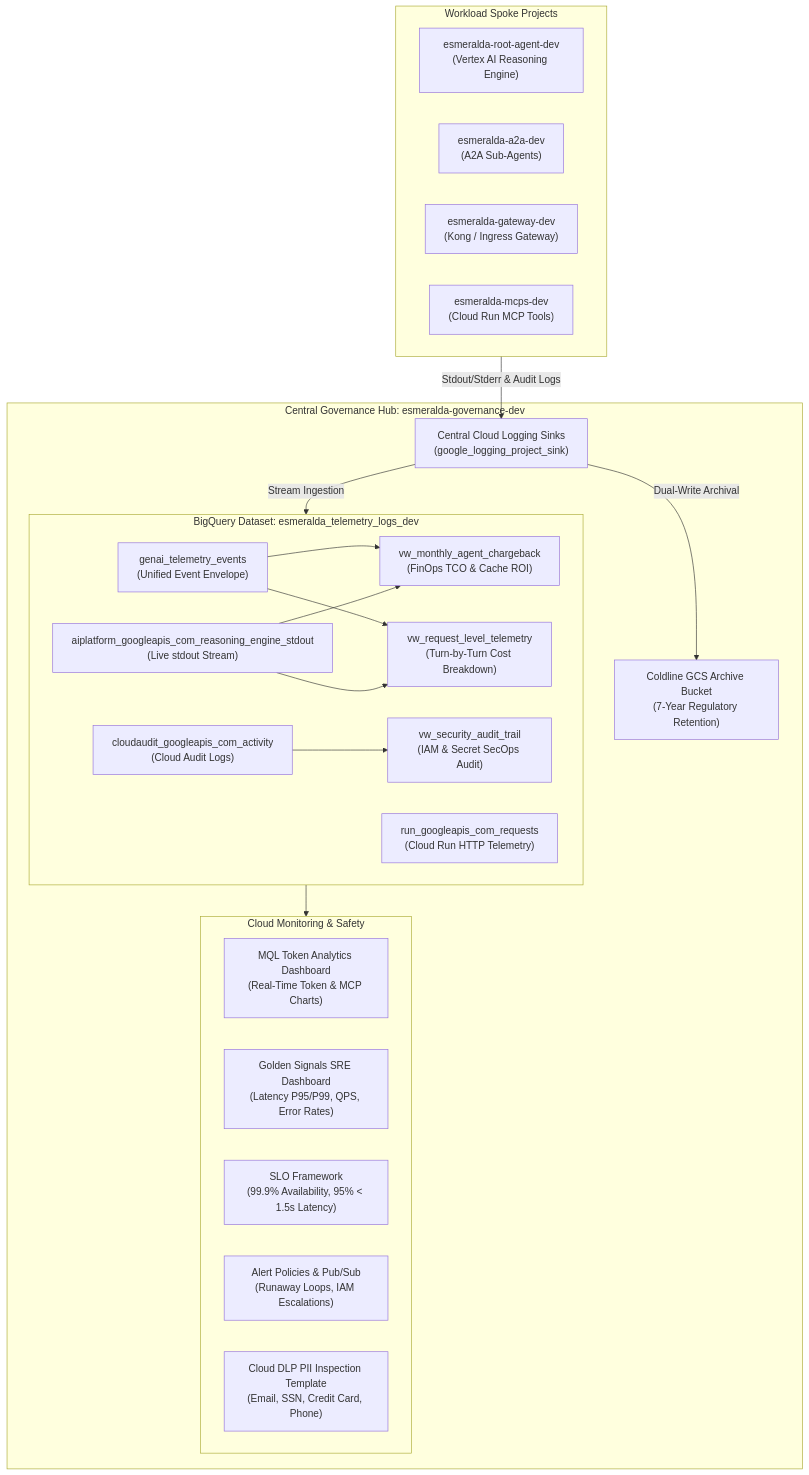
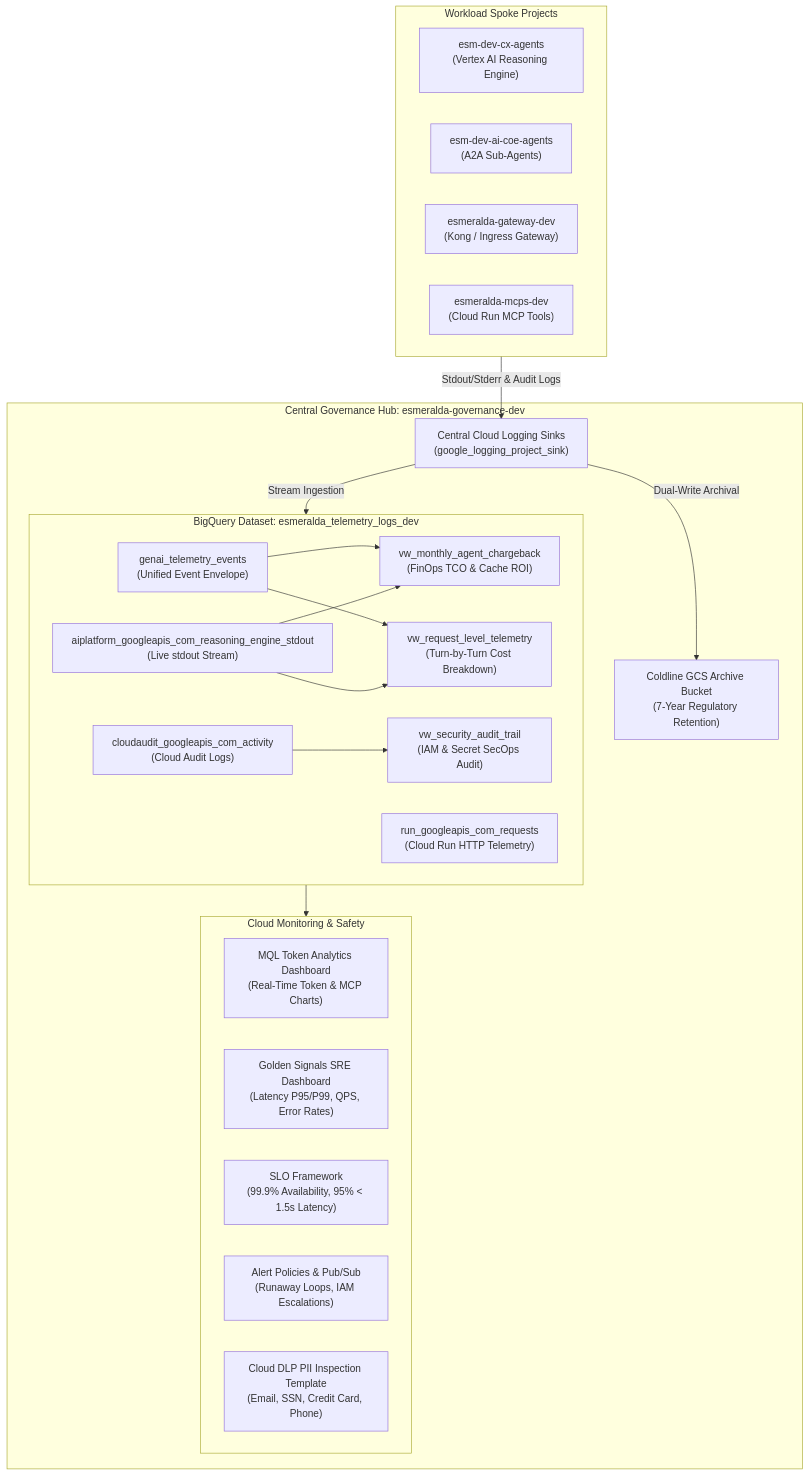
The first of 2 diagrams in docs/3-agentops-and-lifecycle/03-centralized-monitoring-and-dashboards.md (google/esmeralda), drawn with Mermaid before and after one commit. The commit also changed other lines of this file and 184 other files, not shown here.

First line of the commit message:
refactor: name agents and agent projects after their owning team

````diff
--- a/docs/3-agentops-and-lifecycle/03-centralized-monitoring-and-dashboards.md
+++ b/docs/3-agentops-and-lifecycle/03-centralized-monitoring-and-dashboards.md
@@ -7,42 +7,42 @@
 ```mermaid
 flowchart TD
     subgraph Spokes["Workload Spoke Projects"]
-        RA["esmeralda-root-agent-dev<br/>(Vertex AI Reasoning Engine)"]
-        A2A["esmeralda-a2a-dev<br/>(A2A Sub-Agents)"]
+        RA["esm-dev-cx-agents<br/>(Vertex AI Reasoning Engine)"]
+        A2A["esm-dev-ai-coe-agents<br/>(A2A Sub-Agents)"]
         GW["esmeralda-gateway-dev<br/>(Kong / Ingress Gateway)"]
         MCP["esmeralda-mcps-dev<br/>(Cloud Run MCP Tools)"]
     end
 
     subgraph Hub["Central Governance Hub: esmeralda-governance-dev"]
         SINK["Central Cloud Logging Sinks<br/>(google_logging_project_sink)"]
         
         subgraph BigQuery["BigQuery Dataset: esmeralda_telemetry_logs_dev"]
             ENV["genai_telemetry_events<br/>(Unified Event Envelope)"]
             AUDIT_TBL["cloudaudit_googleapis_com_activity<br/>(Cloud Audit Logs)"]
             STDOUT_TBL["aiplatform_googleapis_com_reasoning_engine_stdout<br/>(Live stdout Stream)"]
             RUN_TBL["run_googleapis_com_requests<br/>(Cloud Run HTTP Telemetry)"]
             
             VW1["vw_monthly_agent_chargeback<br/>(FinOps TCO & Cache ROI)"]
             VW2["vw_request_level_telemetry<br/>(Turn-by-Turn Cost Breakdown)"]
             VW3["vw_security_audit_trail<br/>(IAM & Secret SecOps Audit)"]
         end
 
         GCS["Coldline GCS Archive Bucket<br/>(7-Year Regulatory Retention)"]
         
         subgraph Monitoring["Cloud Monitoring & Safety"]
             MQL["MQL Token Analytics Dashboard<br/>(Real-Time Token & MCP Charts)"]
             GOLD["Golden Signals SRE Dashboard<br/>(Latency P95/P99, QPS, Error Rates)"]
             SLO["SLO Framework<br/>(99.9% Availability, 95% < 1.5s Latency)"]
             ALERTS["Alert Policies & Pub/Sub<br/>(Runaway Loops, IAM Escalations)"]
             DLP["Cloud DLP PII Inspection Template<br/>(Email, SSN, Credit Card, Phone)"]
         end
     end
 
     Spokes -->|Stdout/Stderr & Audit Logs| SINK
     SINK -->|Stream Ingestion| BigQuery
     SINK -->|Dual-Write Archival| GCS
     ENV --> VW1 & VW2
     STDOUT_TBL --> VW1 & VW2
     AUDIT_TBL --> VW3
     BigQuery --> Monitoring
 ```
````
